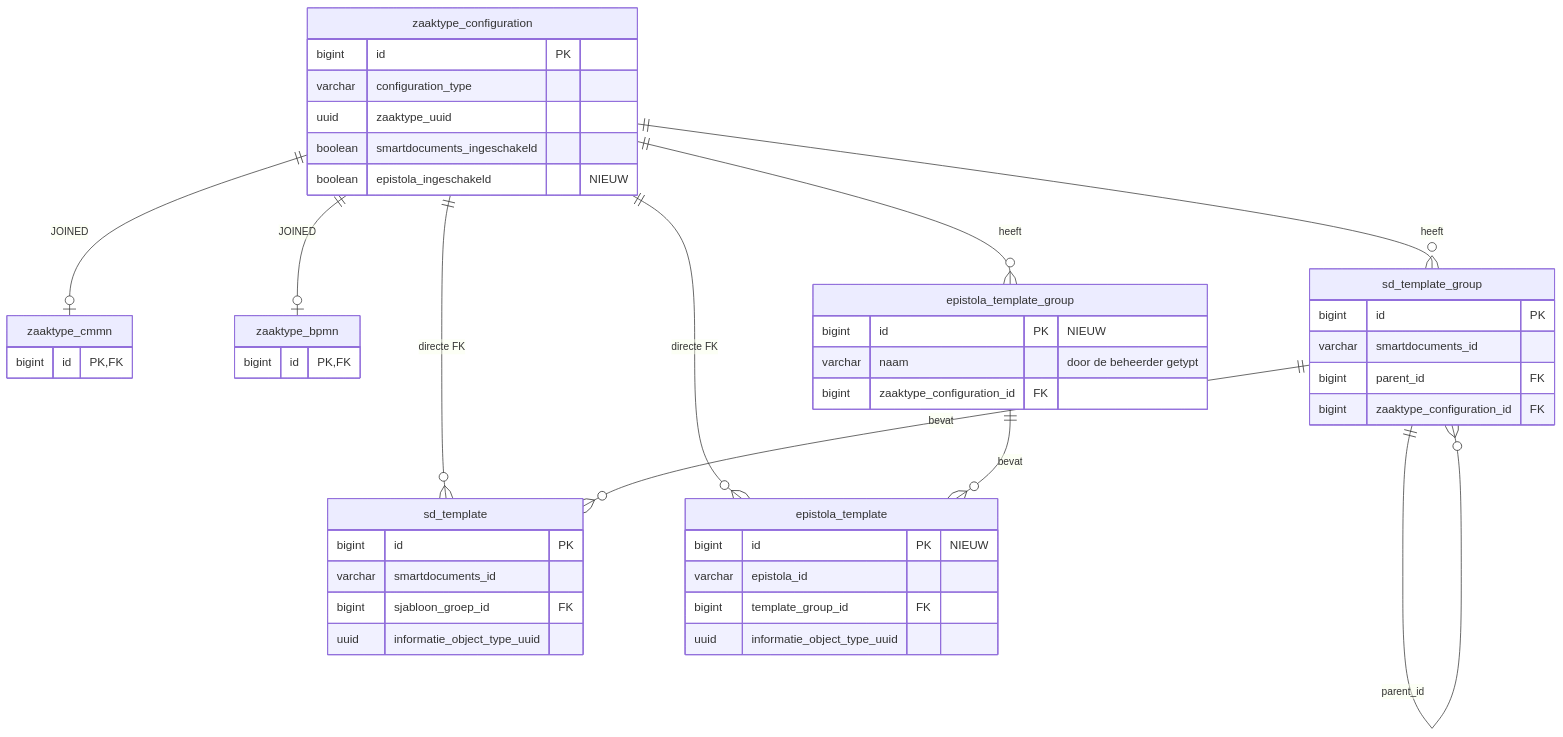
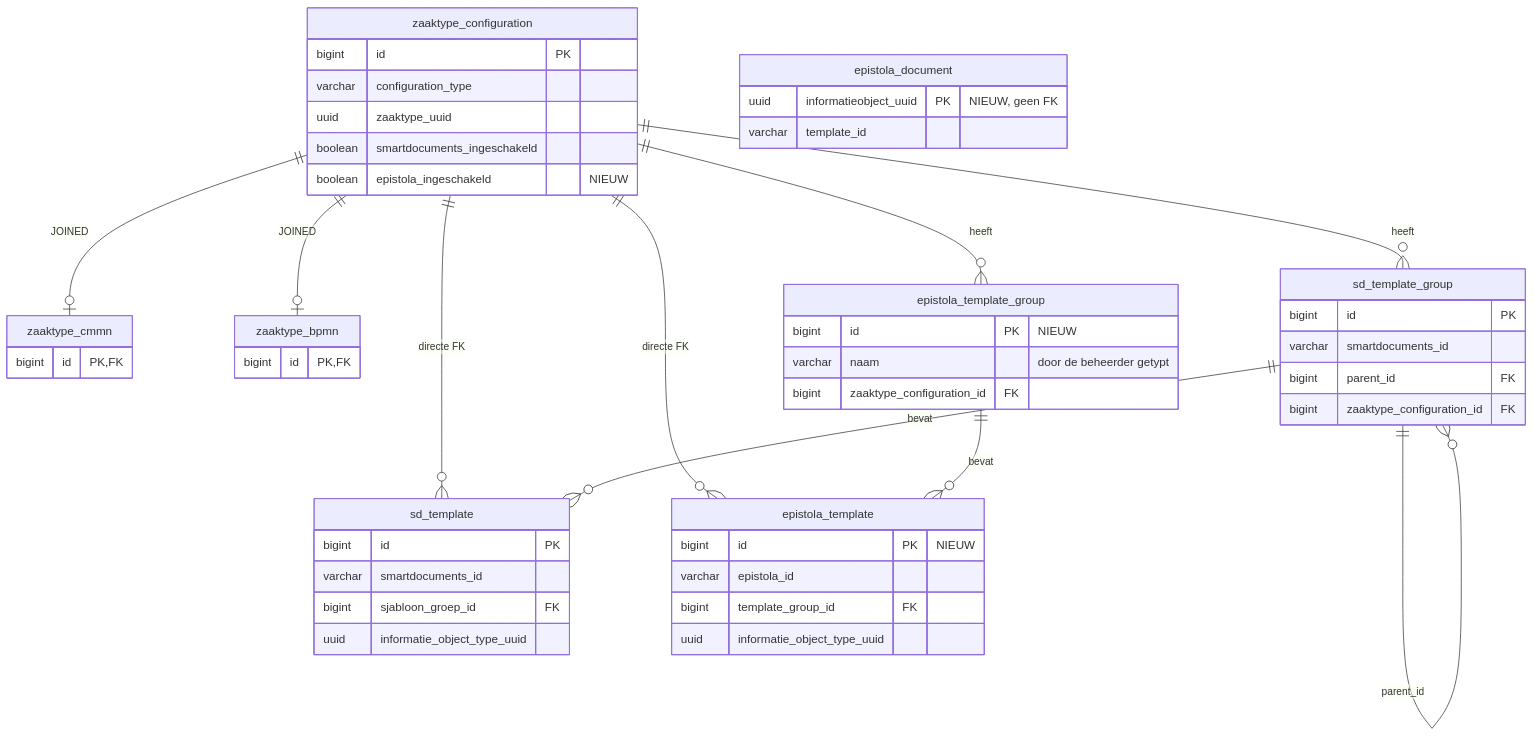
One commit to infonl/zac-epistola-prototype changed the diagram in docs/epistola/datamodel.md. Above: the diagram before and after it, drawn with Mermaid. The commit also changed other lines of this file and 12 other files, not shown here.

First line of the commit message:
docs: add the new version of an Epistola document (#9) to the design and the test report

````diff
--- a/docs/epistola/datamodel.md
+++ b/docs/epistola/datamodel.md
@@ -20,49 +20,53 @@
 ```mermaid
 erDiagram
     zaaktype_configuration ||--o| zaaktype_cmmn : "JOINED"
     zaaktype_configuration ||--o| zaaktype_bpmn : "JOINED"
     zaaktype_configuration ||--o{ sd_template_group : heeft
     zaaktype_configuration ||--o{ sd_template : "directe FK"
     zaaktype_configuration ||--o{ epistola_template_group : heeft
     zaaktype_configuration ||--o{ epistola_template : "directe FK"
     sd_template_group ||--o{ sd_template : bevat
     sd_template_group ||--o{ sd_template_group : parent_id
     epistola_template_group ||--o{ epistola_template : bevat
 
     zaaktype_configuration {
         bigint id PK
         varchar configuration_type
         uuid zaaktype_uuid
         boolean smartdocuments_ingeschakeld
         boolean epistola_ingeschakeld "NIEUW"
     }
     zaaktype_cmmn {
         bigint id PK,FK
     }
     zaaktype_bpmn {
         bigint id PK,FK
     }
     sd_template_group {
         bigint id PK
         varchar smartdocuments_id
         bigint parent_id FK
         bigint zaaktype_configuration_id FK
     }
     sd_template {
         bigint id PK
         varchar smartdocuments_id
         bigint sjabloon_groep_id FK
         uuid informatie_object_type_uuid
     }
     epistola_template_group {
         bigint id PK "NIEUW"
         varchar naam "door de beheerder getypt"
         bigint zaaktype_configuration_id FK
     }
     epistola_template {
         bigint id PK "NIEUW"
         varchar epistola_id
         bigint template_group_id FK
         uuid informatie_object_type_uuid
     }
+    epistola_document {
+        uuid informatieobject_uuid PK "NIEUW, geen FK"
+        varchar template_id
+    }
 ```
````
